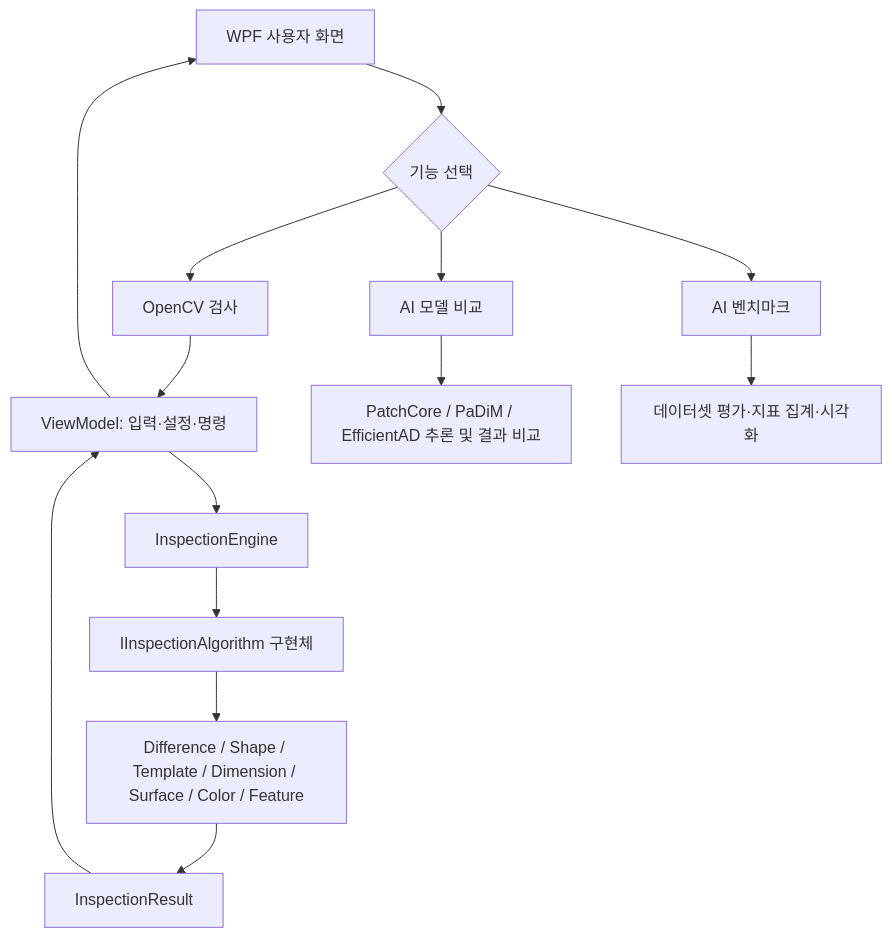
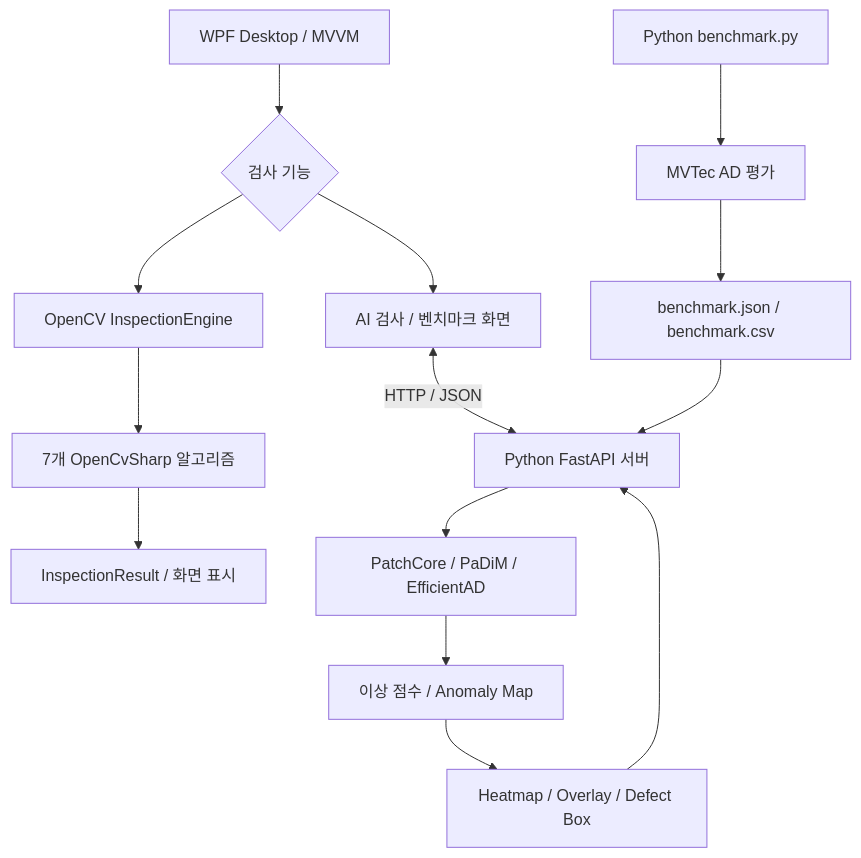
Before and after one commit to k2689r4m/VisionInspect: the diagram in README.md, drawn with Mermaid. The commit also changed other lines of this file, not shown here.

````diff
--- a/README.md
+++ b/README.md
@@ -16,16 +17,16 @@
 ```mermaid
 flowchart TD
-    A[WPF 사용자 화면] --> B{기능 선택}
-    B --> C[OpenCV 검사]
-    B --> D[AI 모델 비교]
-    B --> E[AI 벤치마크]
-    C --> F[ViewModel: 입력·설정·명령]
-    F --> G[InspectionEngine]
-    G --> H[IInspectionAlgorithm 구현체]
-    H --> I[Difference / Shape / Template / Dimension / Surface / Color / Feature]
-    I --> J[InspectionResult]
-    J --> F
-    F --> A
-    D --> K[PatchCore / PaDiM / EfficientAD 추론 및 결과 비교]
-    E --> L[데이터셋 평가·지표 집계·시각화]
+    UI[WPF Desktop / MVVM] --> MODE{검사 기능}
+    MODE --> CV[OpenCV InspectionEngine]
+    CV --> ALG[7개 OpenCvSharp 알고리즘]
+    ALG --> RESULT[InspectionResult / 화면 표시]
+    MODE --> AI[AI 검사 / 벤치마크 화면]
+    AI <-->|HTTP / JSON| API[Python FastAPI 서버]
+    API --> MODELS[PatchCore / PaDiM / EfficientAD]
+    MODELS --> MAP[이상 점수 / Anomaly Map]
+    MAP --> VIS[Heatmap / Overlay / Defect Box]
+    VIS --> API
+    SCRIPT[Python benchmark.py] --> EVAL[MVTec AD 평가]
+    EVAL --> REPORT[benchmark.json / benchmark.csv]
+    REPORT --> API
 ```
````
